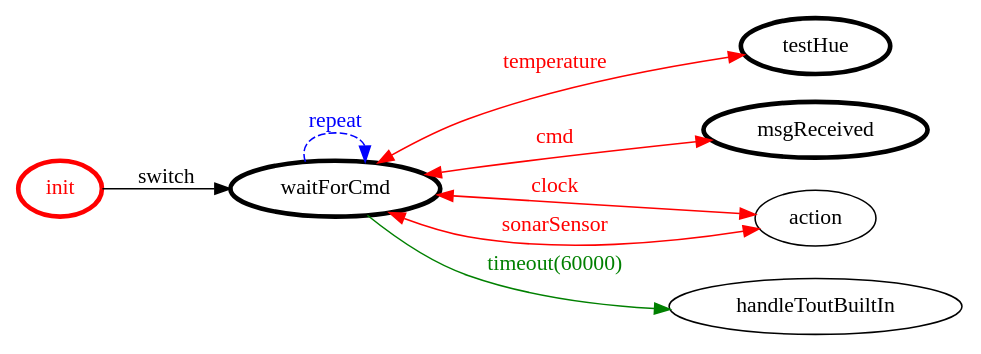
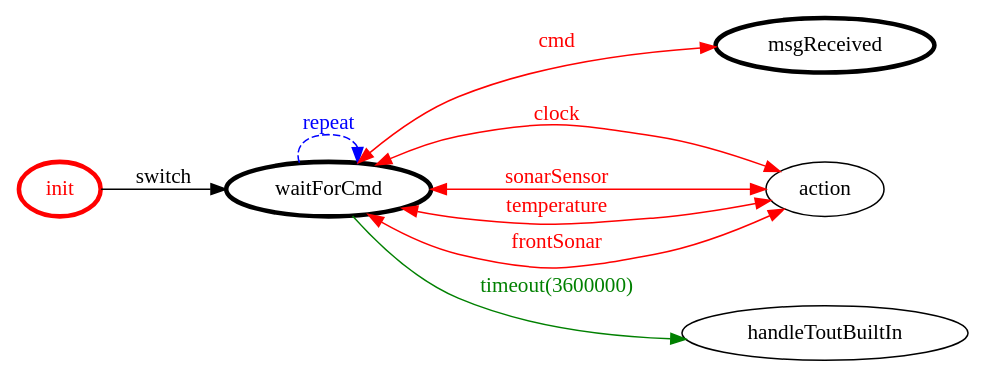
One commit to FFrabetti/ProgettoISS_relazione changed the diagram in it.unibo.finalTask2018/srcMore/it/unibo/applra/applra.gv. Above: the diagram before and after it, drawn with Graphviz. The commit also changed 70 other files, not shown here.

```diff
--- a/it.unibo.finalTask2018/srcMore/it/unibo/applra/applra.gv
+++ b/it.unibo.finalTask2018/srcMore/it/unibo/applra/applra.gv
@@ -1,24 +1,24 @@
 /*
 *
 * A GraphViz DOT FSM description 
 * Please use a GraphViz visualizer (like http://www.webgraphviz.com)
 *  
 */
 
 digraph finite_state_machine {
 	rankdir=LR
 	size="8,5"
 	
 	init [ color = red ][ fontcolor = red ][ penwidth = 3 ]
-	testHue [ color = black ][ fontcolor = black ][ penwidth = 3 ]
 	waitForCmd [ color = black ][ fontcolor = black ][ penwidth = 3 ]
 	msgReceived [ color = black ][ fontcolor = black ][ penwidth = 3 ]
 	
 	waitForCmd -> action [ label = "clock" ][ color = red ][ fontcolor = red ][ dir = both ]
 	waitForCmd -> action [ label = "sonarSensor" ][ color = red ][ fontcolor = red ][ dir = both ]
 	waitForCmd -> msgReceived [ label = "cmd" ][ color = red ][ fontcolor = red ][ dir = both ]
-	waitForCmd -> testHue [ label = "temperature" ][ color = red ][ fontcolor = red ][ dir = both ]
-	waitForCmd -> handleToutBuiltIn [ label = "timeout(60000)" ][ color = green ][ fontcolor = green ]
+	waitForCmd -> handleToutBuiltIn [ label = "timeout(3600000)" ][ color = green ][ fontcolor = green ]
+	waitForCmd -> action [ label = "temperature" ][ color = red ][ fontcolor = red ][ dir = both ]
+	waitForCmd -> action [ label = "frontSonar" ][ color = red ][ fontcolor = red ][ dir = both ]
 	init -> waitForCmd [ label = "switch" ][ color = black ][ fontcolor = black ]
 	waitForCmd -> waitForCmd [ label = "repeat "][ style = dashed ][ color = blue ][ fontcolor = blue ]
 }
```
